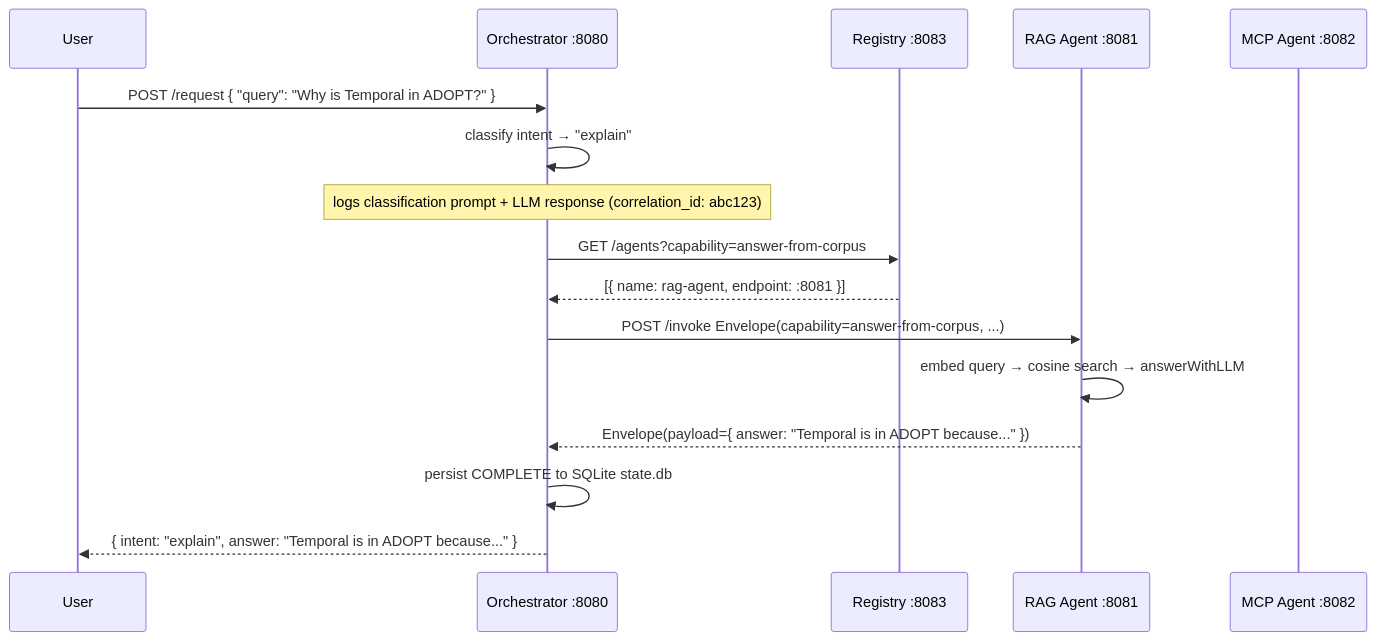
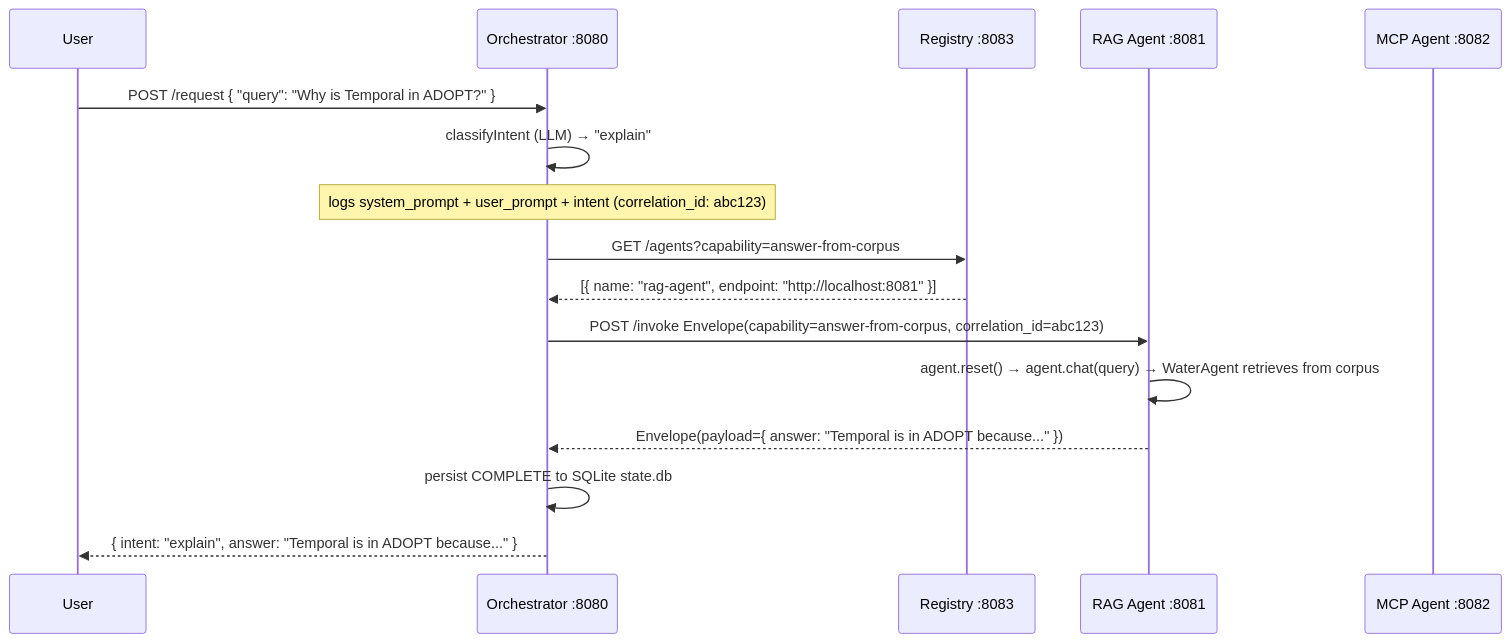
The first of 2 diagrams in exercise-c/README.md (LLM-build-capability/Aquaiq-AI), drawn with Mermaid before and after one commit. The commit also changed other lines of this file, not shown here.

````diff
--- a/exercise-c/README.md
+++ b/exercise-c/README.md
@@ -66,19 +523,19 @@
 ```mermaid
 sequenceDiagram
     participant U as User
     participant O as Orchestrator :8080
     participant Reg as Registry :8083
     participant RAG as RAG Agent :8081
     participant MCP as MCP Agent :8082
 
     U->>O: POST /request { "query": "Why is Temporal in ADOPT?" }
-    O->>O: classify intent → "explain"
-    Note over O: logs classification prompt + LLM response (correlation_id: abc123)
+    O->>O: classifyIntent (LLM) → "explain"
+    Note over O: logs system_prompt + user_prompt + intent (correlation_id: abc123)
     O->>Reg: GET /agents?capability=answer-from-corpus
-    Reg-->>O: [{ name: rag-agent, endpoint: :8081 }]
-    O->>RAG: POST /invoke  Envelope(capability=answer-from-corpus, ...)
-    RAG->>RAG: embed query → cosine search → answerWithLLM
+    Reg-->>O: [{ name: "rag-agent", endpoint: "http://localhost:8081" }]
+    O->>RAG: POST /invoke  Envelope(capability=answer-from-corpus, correlation_id=abc123)
+    RAG->>RAG: agent.reset() → agent.chat(query) → WaterAgent retrieves from corpus
     RAG-->>O: Envelope(payload={ answer: "Temporal is in ADOPT because..." })
     O->>O: persist COMPLETE to SQLite state.db
     O-->>U: { intent: "explain", answer: "Temporal is in ADOPT because..." }
 ```
````
